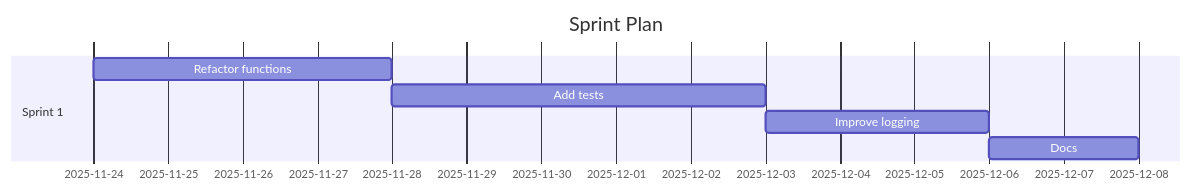
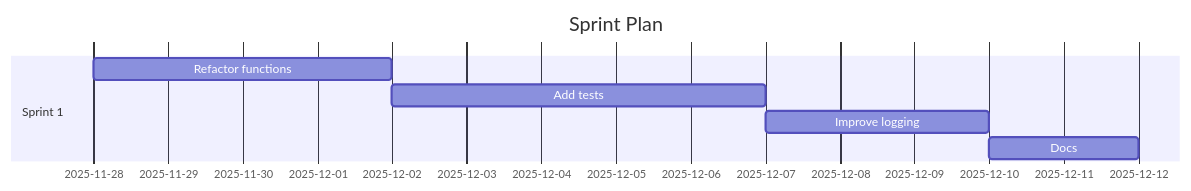
The diagram in demos/demo-code-analysis.sprint.md (Anselmoo/mcp-ai-agent-guidelines), drawn with Mermaid before and after one commit. The commit also changed other lines of this file and 20 other files, not shown here.

````diff
--- a/demos/demo-code-analysis.sprint.md
+++ b/demos/demo-code-analysis.sprint.md
@@ -59,11 +59,11 @@
 ```mermaid
 gantt
 	dateFormat  YYYY-MM-DD
 	title Sprint Plan
 %% Accessibility: Title=Project Sprint Plan; Description=Gantt chart of sprints and tasks over time. %%
   section Sprint 1
-  Refactor functions :s1t0, 2025-11-24, 4d
-  Add tests :s1t1, 2025-11-28, 5d
-  Improve logging :s1t2, 2025-12-03, 3d
-  Docs :s1t3, 2025-12-06, 2d
+  Refactor functions :s1t0, 2025-11-28, 4d
+  Add tests :s1t1, 2025-12-02, 5d
+  Improve logging :s1t2, 2025-12-07, 3d
+  Docs :s1t3, 2025-12-10, 2d
 ```
````
